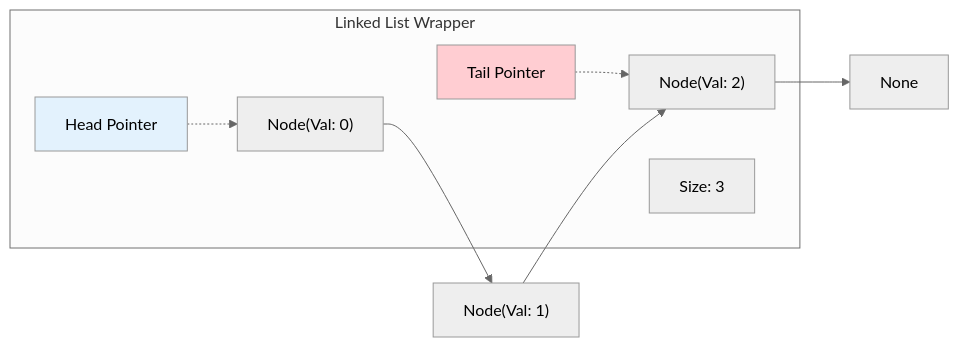
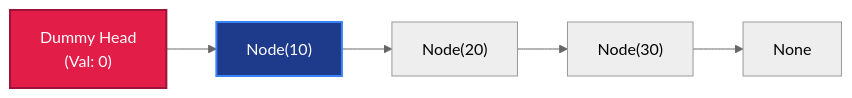
The diagram in 00 - Fundamentals/006 - Linked List/linked_list_walkthrough.md (vadde/DSA), drawn with Mermaid (neutral theme) before and after one commit. The commit also changed other lines of this file and 1 other file, not shown here.

Commit message:
docs(fundamentals): upgrade Queue & Stack and Linked List guides to Level 100-500

````diff
--- a/00 - Fundamentals/006 - Linked List/linked_list_walkthrough.md
+++ b/00 - Fundamentals/006 - Linked List/linked_list_walkthrough.md
@@ -51,15 +49,10 @@
 ```mermaid
 flowchart LR
-    subgraph LinkedListWrapper [Linked List Wrapper]
-    H[Head Pointer] -.-> N1
-    T[Tail Pointer] -.-> N3
-    S[Size: 3]
-    end
-    
-    N1["Node(Val: 0)"] --> N2["Node(Val: 1)"]
-    N2 --> N3["Node(Val: 2)"]
-    N3 --> N4["None"]
-    
-    style H fill:#e3f2fd,color:#000
-    style T fill:#ffcdd2,color:#000
+    Dummy["Dummy Head\n(Val: 0)"] --> N1["Node(10)"]
+    N1 --> N2["Node(20)"]
+    N2 --> N3["Node(30)"]
+    N3 --> Null["None"]
+
+    style Dummy fill:#e11d48,color:#ffffff,stroke:#9f1239,stroke-width:2px
+    style N1 fill:#1e3a8a,color:#ffffff,stroke:#3b82f6,stroke-width:2px
 ```
````
